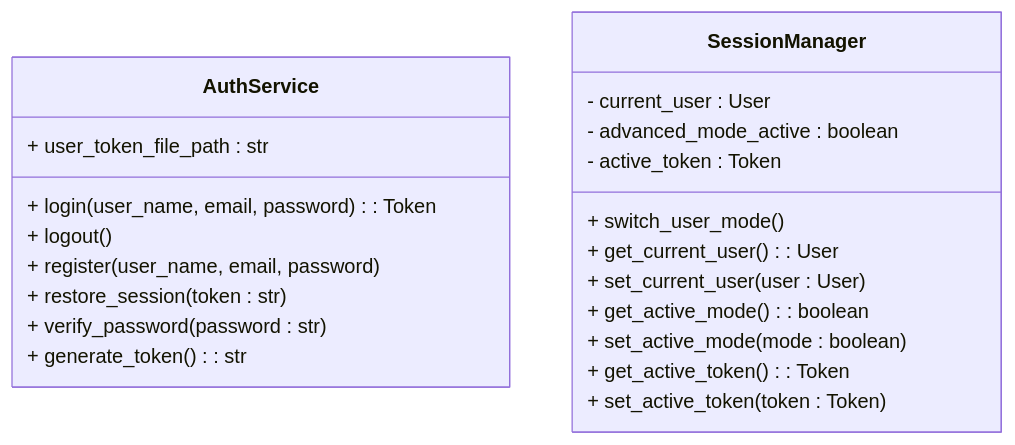
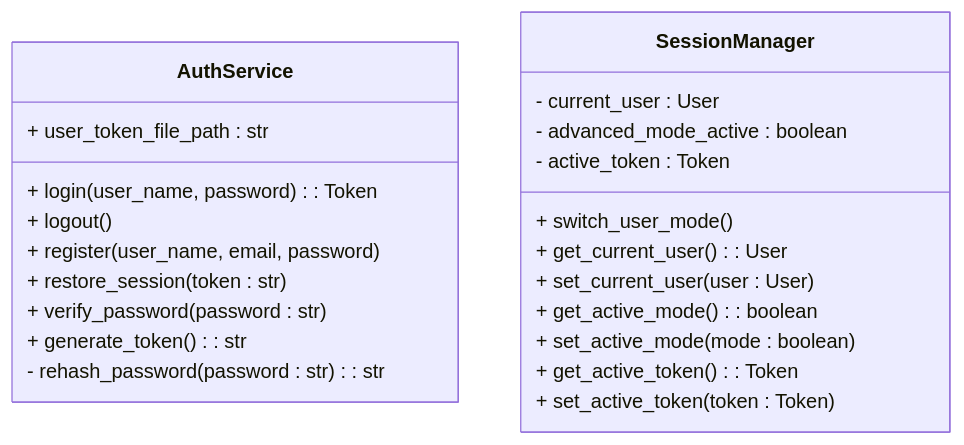
Before and after one commit to alegrelias/Repo-GMini: the ninth of 15 diagrams in Gmini-MarkDown/Diagramas/Diagramas de Clases.md, drawn with Mermaid. The commit also changed other lines of this file, not shown here.

````diff
--- a/Gmini-MarkDown/Diagramas/Diagramas de Clases.md
+++ b/Gmini-MarkDown/Diagramas/Diagramas de Clases.md
@@ -746,26 +747,27 @@
 ```mermaid
 classDiagram
 %% usuario
 class AuthService{
 	+ user_token_file_path : str
-	+ login(user_name, email, password) : Token
+	+ login(user_name, password) : Token
 	+ logout()
 	+ register(user_name, email, password)
 	+ restore_session(token : str)
 	+ verify_password(password : str)
 	+ generate_token() : str
+	- rehash_password(password : str) : str
 }
 
 class SessionManager{
 	- current_user : User
 	- advanced_mode_active : boolean
 	- active_token : Token
 	+ switch_user_mode()
 	+ get_current_user() : User
 	+ set_current_user(user : User)
 	+ get_active_mode() : boolean
 	+ set_active_mode(mode : boolean)
 	+ get_active_token() : Token
 	+ set_active_token(token : Token)
 }
 ```
````
